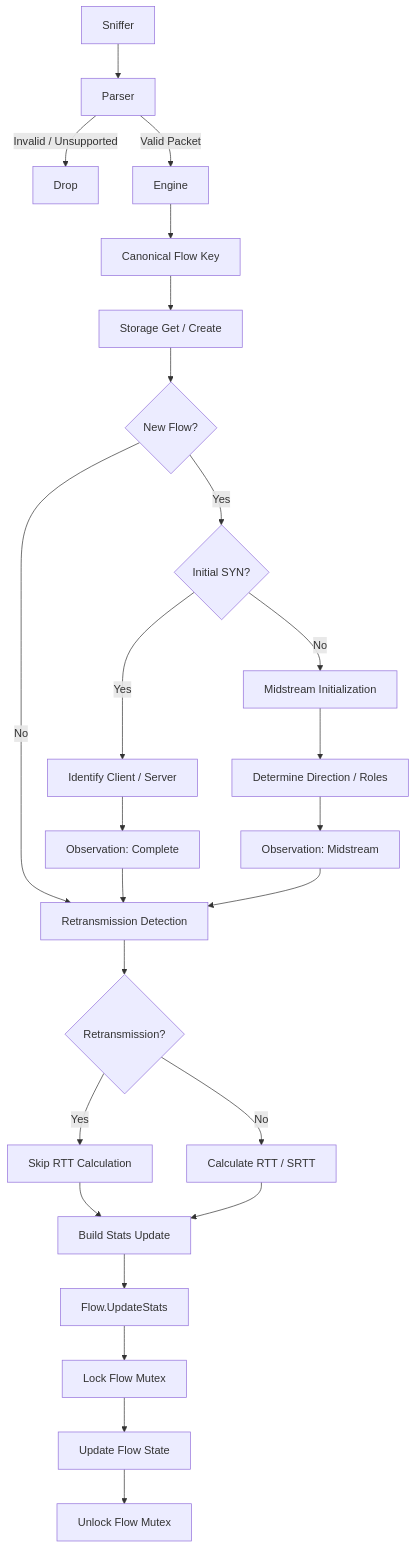
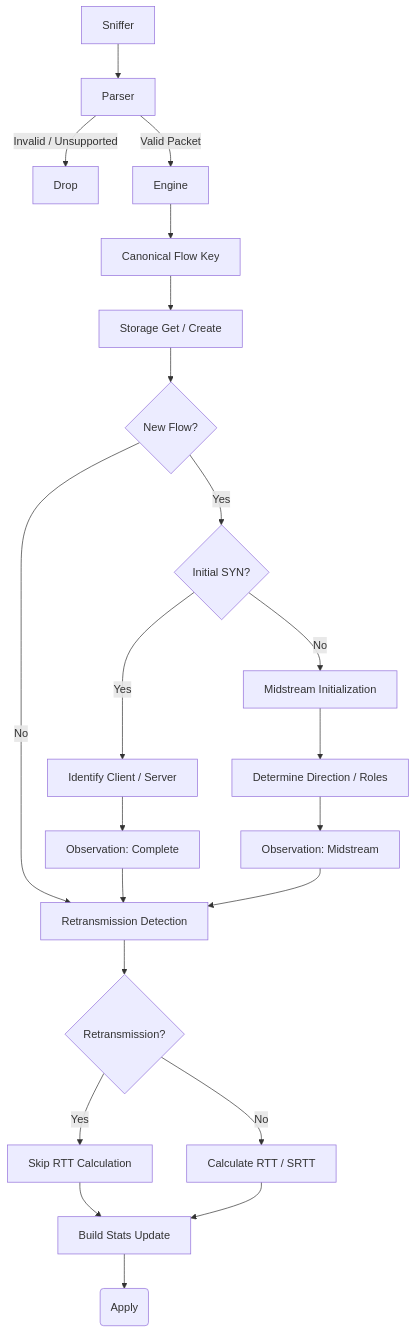
Before and after one commit to StewardMcCormick/tcp-sniffer: the diagram in README.md, drawn with Mermaid.

````diff
--- a/README.md
+++ b/README.md
@@ -7,34 +7,31 @@
 ```mermaid
 flowchart TD
     A[Sniffer] --> B[Parser]
     B -->|Invalid / Unsupported| X[Drop]
     B -->|Valid Packet| C[Engine]
     C --> D[Canonical Flow Key]
     D --> E[Storage Get / Create]
     E --> F{New Flow?}
 
     F -->|No| K[Retransmission Detection]
     F -->|Yes| G{Initial SYN?}
 
     G -->|Yes| H[Identify Client / Server]
     H --> I[Observation: Complete]
 
     G -->|No| J[Midstream Initialization]
     J --> L[Determine Direction / Roles]
     L --> M[Observation: Midstream]
 
     I --> K
     M --> K
 
     K --> N{Retransmission?}
     N -->|Yes| O[Skip RTT Calculation]
     N -->|No| P[Calculate RTT / SRTT]
 
     O --> Q[Build Stats Update]
     P --> Q
 
-    Q --> R[Flow.UpdateStats]
-    R --> S[Lock Flow Mutex]
-    S --> T[Update Flow State]
-    T --> U[Unlock Flow Mutex]
+    Q --> R(Apply)
 ```
````
